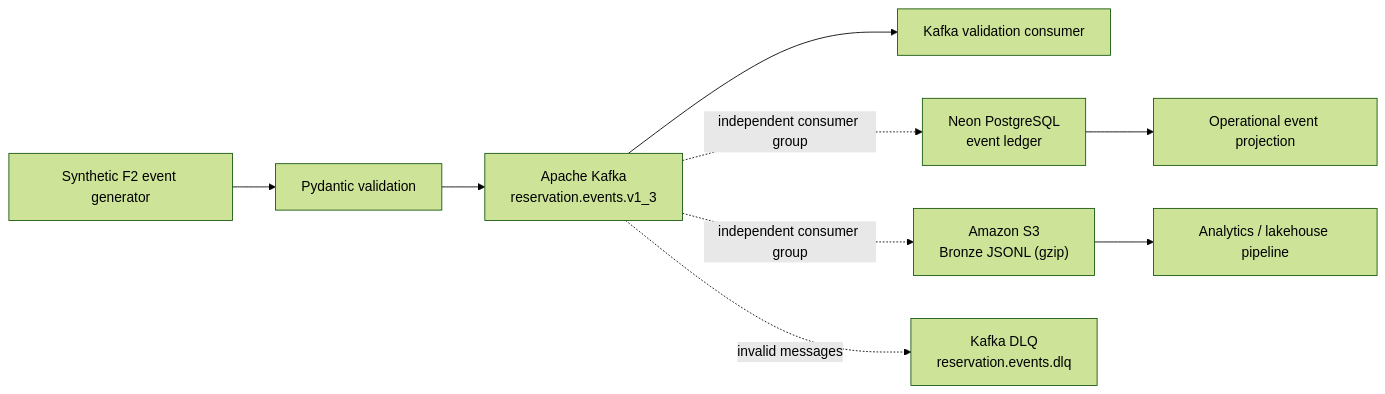
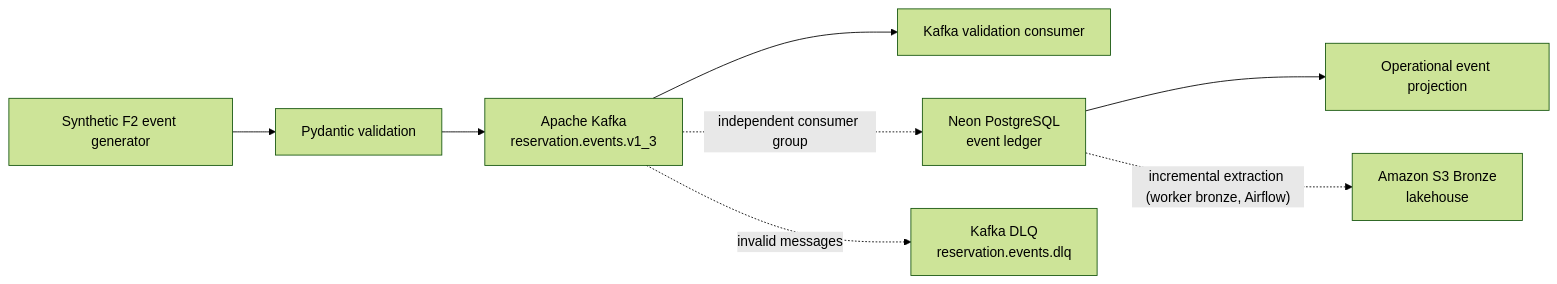
One commit to HospedaPlus/buenavista-streaming changed the diagram in README.md. Above: the diagram before and after it, drawn with Mermaid (forest theme). The commit also changed other lines of this file and 7 other files, not shown here.

````diff
--- a/README.md
+++ b/README.md
@@ -40,11 +39,10 @@
 ```mermaid
 flowchart LR
     A["Synthetic F2 event generator"] --> B["Pydantic validation"]
     B --> C["Apache Kafka<br/>reservation.events.v1_3"]
     C --> D["Kafka validation consumer"]
     C -. "independent consumer group" .-> E["Neon PostgreSQL<br/>event ledger"]
-    C -. "independent consumer group" .-> F["Amazon S3<br/>Bronze JSONL (gzip)"]
     C -. "invalid messages" .-> X["Kafka DLQ<br/>reservation.events.dlq"]
     E --> G["Operational event projection"]
-    F --> H["Analytics / lakehouse pipeline"]
+    E -. "incremental extraction (worker bronze, Airflow)" .-> F["Amazon S3 Bronze<br/>lakehouse"]
 ```
````
